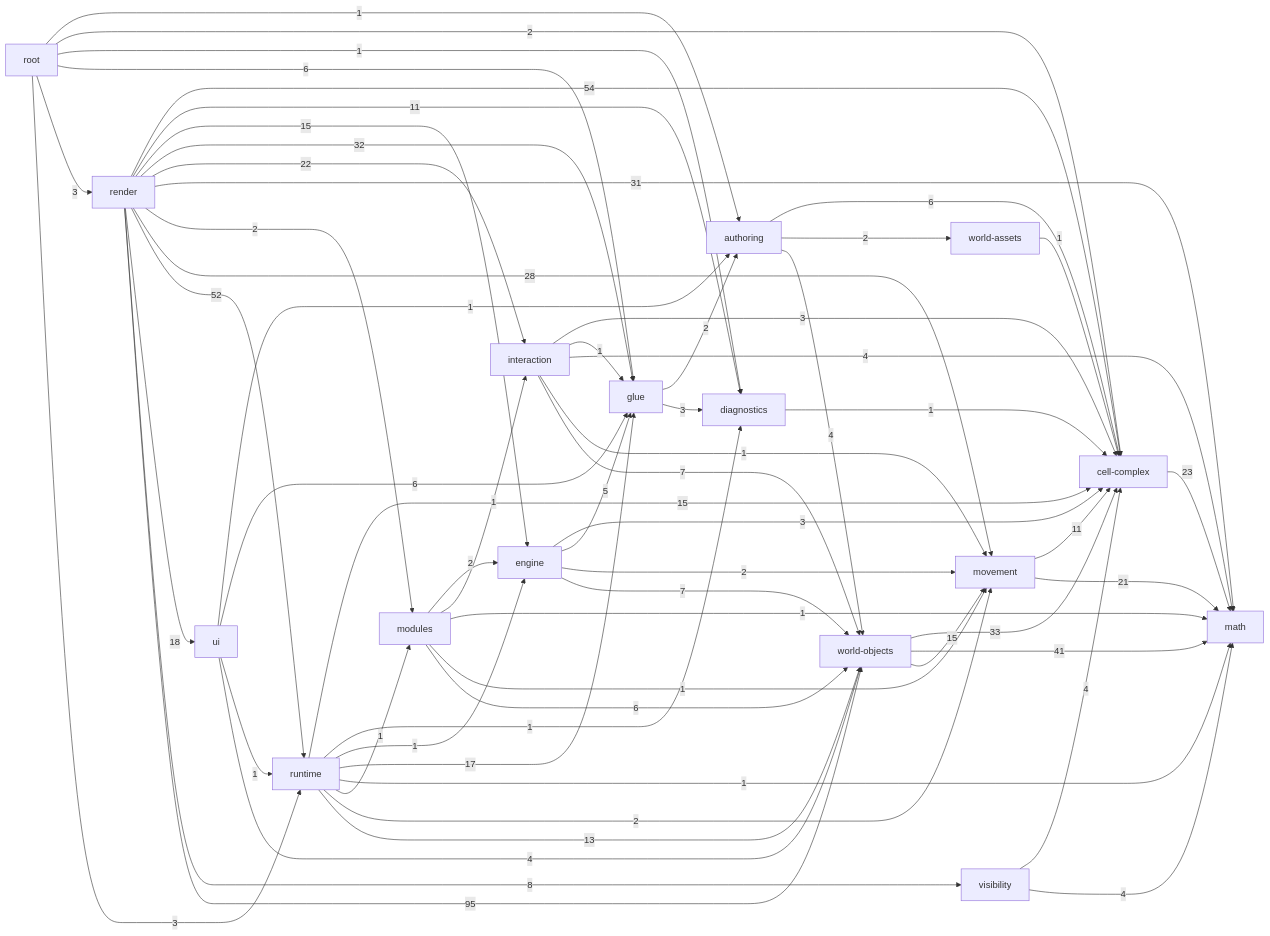
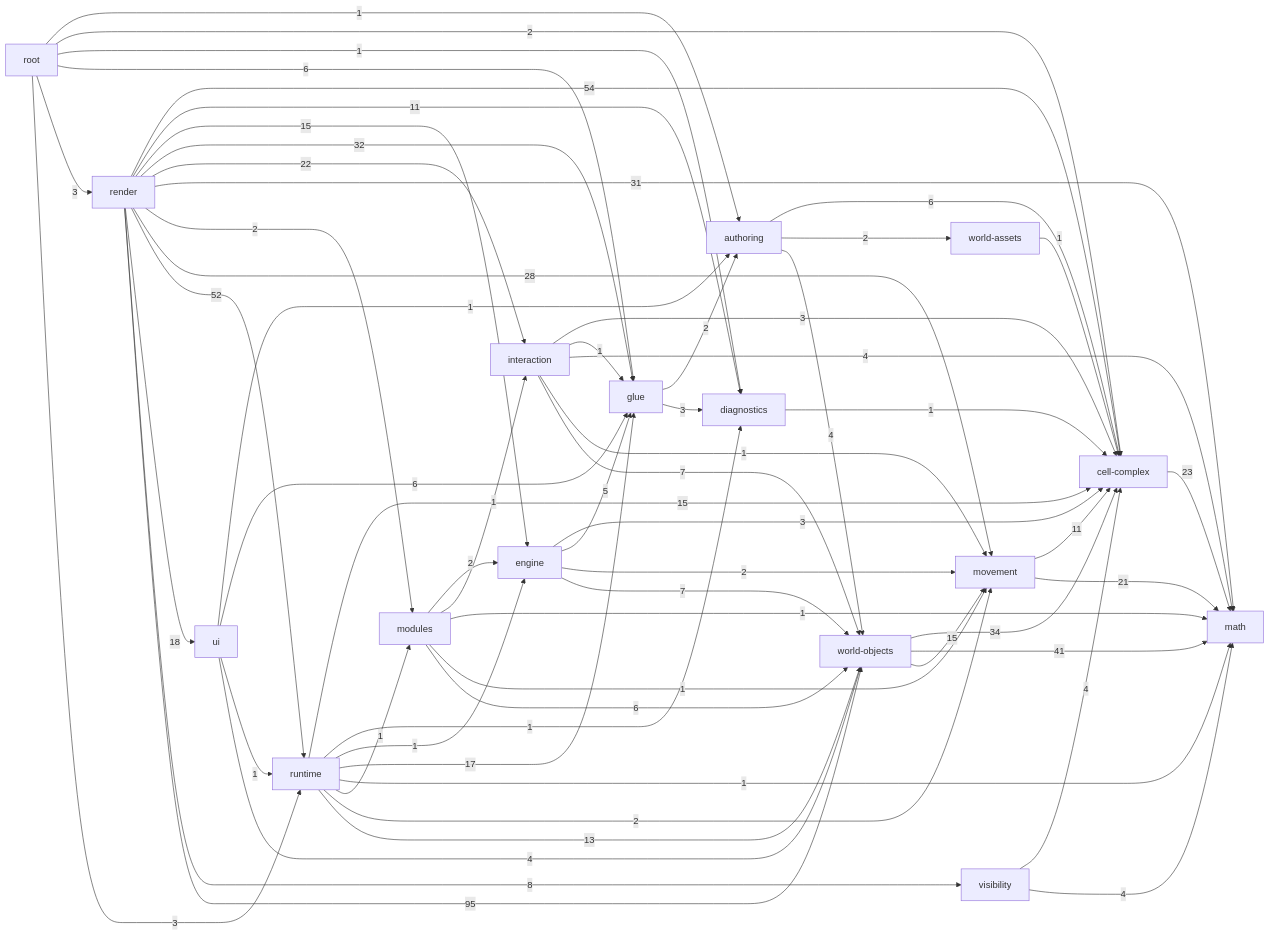
Before and after one commit to guraltsev/noneuclid-fpv: the diagram in _docs/generated/ARCHITECTURE_REFERENCE.md, drawn with Mermaid. The commit also changed other lines of this file and 27 other files, not shown here.

````diff
--- a/_docs/generated/ARCHITECTURE_REFERENCE.md
+++ b/_docs/generated/ARCHITECTURE_REFERENCE.md
@@ -37,78 +37,78 @@
 ```mermaid
 flowchart LR
   math["math"]
   cell_complex["cell-complex"]
   diagnostics["diagnostics"]
   visibility["visibility"]
   movement["movement"]
   world_assets["world-assets"]
   world_objects["world-objects"]
   authoring["authoring"]
   glue["glue"]
   interaction["interaction"]
   engine["engine"]
   modules["modules"]
   runtime["runtime"]
   ui["ui"]
   render["render"]
   root["root"]
   authoring -->|6| cell_complex
   authoring -->|2| world_assets
   authoring -->|4| world_objects
   cell_complex -->|23| math
   diagnostics -->|1| cell_complex
   engine -->|3| cell_complex
   engine -->|5| glue
   engine -->|2| movement
   engine -->|7| world_objects
   glue -->|2| authoring
   glue -->|3| diagnostics
   interaction -->|3| cell_complex
   interaction -->|1| glue
   interaction -->|4| math
   interaction -->|1| movement
   interaction -->|7| world_objects
   modules -->|2| engine
   modules -->|1| interaction
   modules -->|1| math
   modules -->|1| movement
   modules -->|6| world_objects
   movement -->|11| cell_complex
   movement -->|21| math
   render -->|54| cell_complex
   render -->|11| diagnostics
   render -->|15| engine
   render -->|32| glue
   render -->|22| interaction
   render -->|31| math
   render -->|2| modules
   render -->|28| movement
   render -->|52| runtime
   render -->|18| ui
   render -->|8| visibility
   render -->|95| world_objects
   root -->|1| authoring
   root -->|2| cell_complex
   root -->|1| diagnostics
   root -->|6| glue
   root -->|3| render
   root -->|3| runtime
   runtime -->|15| cell_complex
   runtime -->|1| diagnostics
   runtime -->|1| engine
   runtime -->|17| glue
   runtime -->|1| math
   runtime -->|1| modules
   runtime -->|2| movement
   runtime -->|13| world_objects
   ui -->|1| authoring
   ui -->|6| glue
   ui -->|1| runtime
   ui -->|4| world_objects
   visibility -->|4| cell_complex
   visibility -->|4| math
   world_assets -->|1| cell_complex
-  world_objects -->|33| cell_complex
+  world_objects -->|34| cell_complex
   world_objects -->|41| math
   world_objects -->|15| movement
 ```
````
